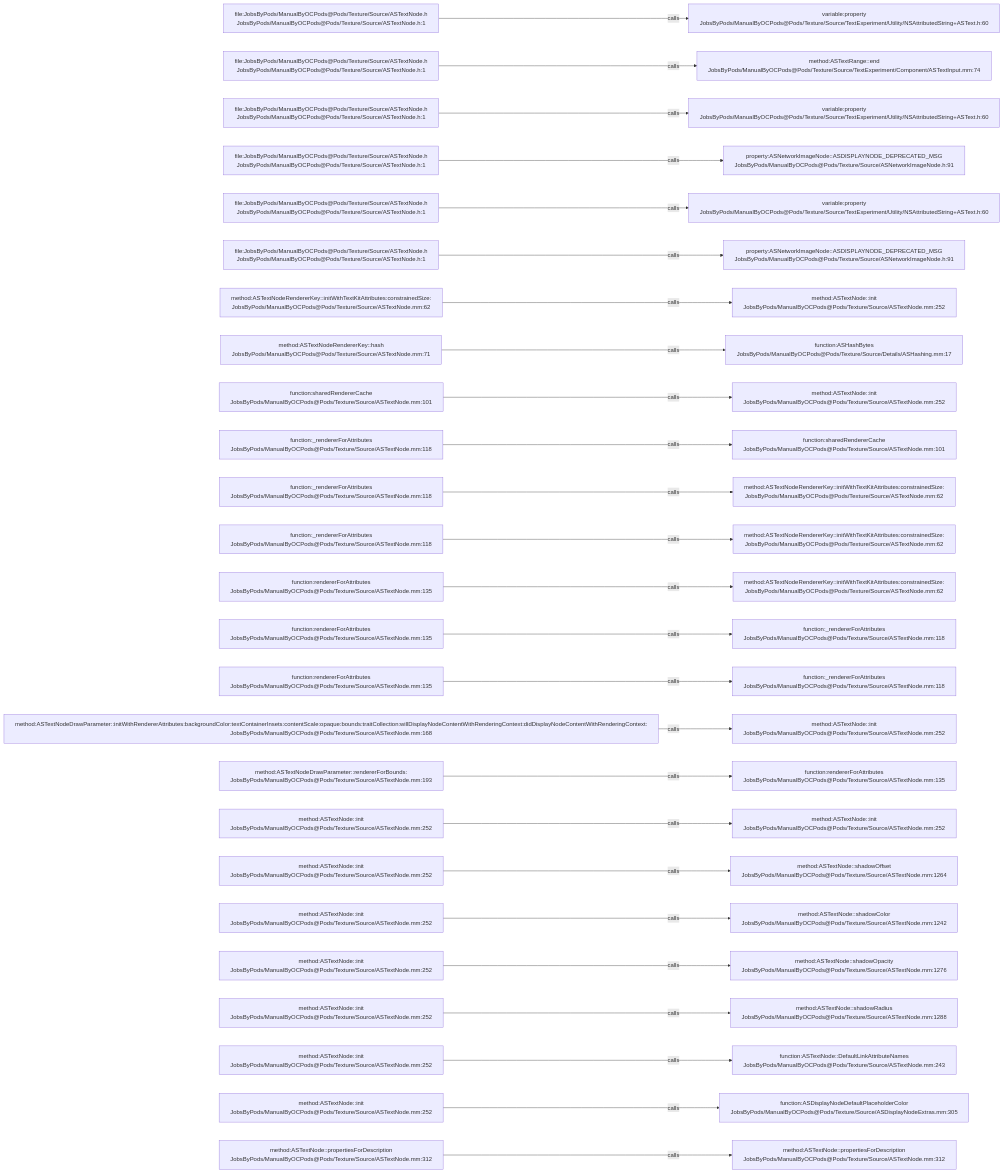
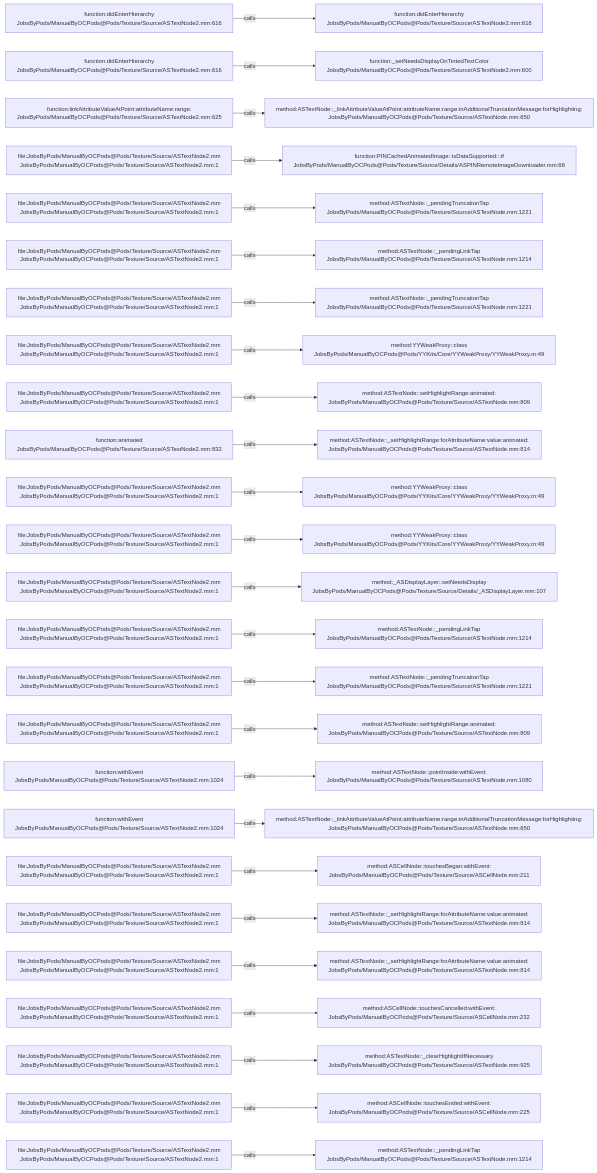
Before and after one commit to JobsKits/JobsOCBaseConfigDemo: the diagram in .codegraph/codegraph.md/graphs/calls-125.md, drawn with Mermaid. The commit also changed 2723 other files, not shown here.

````diff
--- a/.codegraph/codegraph.md/graphs/calls-125.md
+++ b/.codegraph/codegraph.md/graphs/calls-125.md
@@ -13,78 +13,78 @@
 ```mermaid
 flowchart LR
-  S1["file:JobsByPods/ManualByOCPods@Pods/Texture/Source/ASTextNode.h<br/>JobsByPods/ManualByOCPods@Pods/Texture/Source/ASTextNode.h:1"]
-  T1["variable:property<br/>JobsByPods/ManualByOCPods@Pods/Texture/Source/TextExperiment/Utility/NSAttributedString+ASText.h:60"]
+  S1["function:didEnterHierarchy<br/>JobsByPods/ManualByOCPods@Pods/Texture/Source/ASTextNode2.mm:616"]
+  T1["function:didEnterHierarchy<br/>JobsByPods/ManualByOCPods@Pods/Texture/Source/ASTextNode2.mm:616"]
   S1 -->|calls| T1
-  S2["file:JobsByPods/ManualByOCPods@Pods/Texture/Source/ASTextNode.h<br/>JobsByPods/ManualByOCPods@Pods/Texture/Source/ASTextNode.h:1"]
-  T2["method:ASTextRange::end<br/>JobsByPods/ManualByOCPods@Pods/Texture/Source/TextExperiment/Component/ASTextInput.mm:74"]
+  S2["function:didEnterHierarchy<br/>JobsByPods/ManualByOCPods@Pods/Texture/Source/ASTextNode2.mm:616"]
+  T2["function:_setNeedsDisplayOnTintedTextColor<br/>JobsByPods/ManualByOCPods@Pods/Texture/Source/ASTextNode2.mm:600"]
   S2 -->|calls| T2
-  S3["file:JobsByPods/ManualByOCPods@Pods/Texture/Source/ASTextNode.h<br/>JobsByPods/ManualByOCPods@Pods/Texture/Source/ASTextNode.h:1"]
-  T3["variable:property<br/>JobsByPods/ManualByOCPods@Pods/Texture/Source/TextExperiment/Utility/NSAttributedString+ASText.h:60"]
+  S3["function:linkAttributeValueAtPoint:attributeName:range:<br/>JobsByPods/ManualByOCPods@Pods/Texture/Source/ASTextNode2.mm:625"]
+  T3["method:ASTextNode::_linkAttributeValueAtPoint:attributeName:range:inAdditionalTruncationMessage:forHighlighting:<br/>JobsByPods/ManualByOCPods@Pods/Texture/Source/ASTextNode.mm:650"]
   S3 -->|calls| T3
-  S4["file:JobsByPods/ManualByOCPods@Pods/Texture/Source/ASTextNode.h<br/>JobsByPods/ManualByOCPods@Pods/Texture/Source/ASTextNode.h:1"]
-  T4["property:ASNetworkImageNode::ASDISPLAYNODE_DEPRECATED_MSG<br/>JobsByPods/ManualByOCPods@Pods/Texture/Source/ASNetworkImageNode.h:91"]
+  S4["file:JobsByPods/ManualByOCPods@Pods/Texture/Source/ASTextNode2.mm<br/>JobsByPods/ManualByOCPods@Pods/Texture/Source/ASTextNode2.mm:1"]
+  T4["function:PINCachedAnimatedImage::isDataSupported:::if<br/>JobsByPods/ManualByOCPods@Pods/Texture/Source/Details/ASPINRemoteImageDownloader.mm:66"]
   S4 -->|calls| T4
-  S5["file:JobsByPods/ManualByOCPods@Pods/Texture/Source/ASTextNode.h<br/>JobsByPods/ManualByOCPods@Pods/Texture/Source/ASTextNode.h:1"]
-  T5["variable:property<br/>JobsByPods/ManualByOCPods@Pods/Texture/Source/TextExperiment/Utility/NSAttributedString+ASText.h:60"]
+  S5["file:JobsByPods/ManualByOCPods@Pods/Texture/Source/ASTextNode2.mm<br/>JobsByPods/ManualByOCPods@Pods/Texture/Source/ASTextNode2.mm:1"]
+  T5["method:ASTextNode::_pendingTruncationTap<br/>JobsByPods/ManualByOCPods@Pods/Texture/Source/ASTextNode.mm:1221"]
   S5 -->|calls| T5
-  S6["file:JobsByPods/ManualByOCPods@Pods/Texture/Source/ASTextNode.h<br/>JobsByPods/ManualByOCPods@Pods/Texture/Source/ASTextNode.h:1"]
-  T6["property:ASNetworkImageNode::ASDISPLAYNODE_DEPRECATED_MSG<br/>JobsByPods/ManualByOCPods@Pods/Texture/Source/ASNetworkImageNode.h:91"]
+  S6["file:JobsByPods/ManualByOCPods@Pods/Texture/Source/ASTextNode2.mm<br/>JobsByPods/ManualByOCPods@Pods/Texture/Source/ASTextNode2.mm:1"]
+  T6["method:ASTextNode::_pendingLinkTap<br/>JobsByPods/ManualByOCPods@Pods/Texture/Source/ASTextNode.mm:1214"]
   S6 -->|calls| T6
-  S7["method:ASTextNodeRendererKey::initWithTextKitAttributes:constrainedSize:<br/>JobsByPods/ManualByOCPods@Pods/Texture/Source/ASTextNode.mm:62"]
-  T7["method:ASTextNode::init<br/>JobsByPods/ManualByOCPods@Pods/Texture/Source/ASTextNode.mm:252"]
+  S7["file:JobsByPods/ManualByOCPods@Pods/Texture/Source/ASTextNode2.mm<br/>JobsByPods/ManualByOCPods@Pods/Texture/Source/ASTextNode2.mm:1"]
+  T7["method:ASTextNode::_pendingTruncationTap<br/>JobsByPods/ManualByOCPods@Pods/Texture/Source/ASTextNode.mm:1221"]
   S7 -->|calls| T7
-  S8["method:ASTextNodeRendererKey::hash<br/>JobsByPods/ManualByOCPods@Pods/Texture/Source/ASTextNode.mm:71"]
-  T8["function:ASHashBytes<br/>JobsByPods/ManualByOCPods@Pods/Texture/Source/Details/ASHashing.mm:17"]
+  S8["file:JobsByPods/ManualByOCPods@Pods/Texture/Source/ASTextNode2.mm<br/>JobsByPods/ManualByOCPods@Pods/Texture/Source/ASTextNode2.mm:1"]
+  T8["method:YYWeakProxy::class<br/>JobsByPods/ManualByOCPods@Pods/YYKits/Core/YYWeakProxy/YYWeakProxy.m:49"]
   S8 -->|calls| T8
-  S9["function:sharedRendererCache<br/>JobsByPods/ManualByOCPods@Pods/Texture/Source/ASTextNode.mm:101"]
-  T9["method:ASTextNode::init<br/>JobsByPods/ManualByOCPods@Pods/Texture/Source/ASTextNode.mm:252"]
+  S9["file:JobsByPods/ManualByOCPods@Pods/Texture/Source/ASTextNode2.mm<br/>JobsByPods/ManualByOCPods@Pods/Texture/Source/ASTextNode2.mm:1"]
+  T9["method:ASTextNode::setHighlightRange:animated:<br/>JobsByPods/ManualByOCPods@Pods/Texture/Source/ASTextNode.mm:809"]
   S9 -->|calls| T9
-  S10["function:_rendererForAttributes<br/>JobsByPods/ManualByOCPods@Pods/Texture/Source/ASTextNode.mm:118"]
-  T10["function:sharedRendererCache<br/>JobsByPods/ManualByOCPods@Pods/Texture/Source/ASTextNode.mm:101"]
+  S10["function:animated<br/>JobsByPods/ManualByOCPods@Pods/Texture/Source/ASTextNode2.mm:833"]
+  T10["method:ASTextNode::_setHighlightRange:forAttributeName:value:animated:<br/>JobsByPods/ManualByOCPods@Pods/Texture/Source/ASTextNode.mm:814"]
   S10 -->|calls| T10
-  S11["function:_rendererForAttributes<br/>JobsByPods/ManualByOCPods@Pods/Texture/Source/ASTextNode.mm:118"]
-  T11["method:ASTextNodeRendererKey::initWithTextKitAttributes:constrainedSize:<br/>JobsByPods/ManualByOCPods@Pods/Texture/Source/ASTextNode.mm:62"]
+  S11["file:JobsByPods/ManualByOCPods@Pods/Texture/Source/ASTextNode2.mm<br/>JobsByPods/ManualByOCPods@Pods/Texture/Source/ASTextNode2.mm:1"]
+  T11["method:YYWeakProxy::class<br/>JobsByPods/ManualByOCPods@Pods/YYKits/Core/YYWeakProxy/YYWeakProxy.m:49"]
   S11 -->|calls| T11
-  S12["function:_rendererForAttributes<br/>JobsByPods/ManualByOCPods@Pods/Texture/Source/ASTextNode.mm:118"]
-  T12["method:ASTextNodeRendererKey::initWithTextKitAttributes:constrainedSize:<br/>JobsByPods/ManualByOCPods@Pods/Texture/Source/ASTextNode.mm:62"]
+  S12["file:JobsByPods/ManualByOCPods@Pods/Texture/Source/ASTextNode2.mm<br/>JobsByPods/ManualByOCPods@Pods/Texture/Source/ASTextNode2.mm:1"]
+  T12["method:YYWeakProxy::class<br/>JobsByPods/ManualByOCPods@Pods/YYKits/Core/YYWeakProxy/YYWeakProxy.m:49"]
   S12 -->|calls| T12
-  S13["function:rendererForAttributes<br/>JobsByPods/ManualByOCPods@Pods/Texture/Source/ASTextNode.mm:135"]
-  T13["method:ASTextNodeRendererKey::initWithTextKitAttributes:constrainedSize:<br/>JobsByPods/ManualByOCPods@Pods/Texture/Source/ASTextNode.mm:62"]
+  S13["file:JobsByPods/ManualByOCPods@Pods/Texture/Source/ASTextNode2.mm<br/>JobsByPods/ManualByOCPods@Pods/Texture/Source/ASTextNode2.mm:1"]
+  T13["method:_ASDisplayLayer::setNeedsDisplay<br/>JobsByPods/ManualByOCPods@Pods/Texture/Source/Details/_ASDisplayLayer.mm:107"]
   S13 -->|calls| T13
-  S14["function:rendererForAttributes<br/>JobsByPods/ManualByOCPods@Pods/Texture/Source/ASTextNode.mm:135"]
-  T14["function:_rendererForAttributes<br/>JobsByPods/ManualByOCPods@Pods/Texture/Source/ASTextNode.mm:118"]
+  S14["file:JobsByPods/ManualByOCPods@Pods/Texture/Source/ASTextNode2.mm<br/>JobsByPods/ManualByOCPods@Pods/Texture/Source/ASTextNode2.mm:1"]
+  T14["method:ASTextNode::_pendingLinkTap<br/>JobsByPods/ManualByOCPods@Pods/Texture/Source/ASTextNode.mm:1214"]
   S14 -->|calls| T14
-  S15["function:rendererForAttributes<br/>JobsByPods/ManualByOCPods@Pods/Texture/Source/ASTextNode.mm:135"]
-  T15["function:_rendererForAttributes<br/>JobsByPods/ManualByOCPods@Pods/Texture/Source/ASTextNode.mm:118"]
+  S15["file:JobsByPods/ManualByOCPods@Pods/Texture/Source/ASTextNode2.mm<br/>JobsByPods/ManualByOCPods@Pods/Texture/Source/ASTextNode2.mm:1"]
+  T15["method:ASTextNode::_pendingTruncationTap<br/>JobsByPods/ManualByOCPods@Pods/Texture/Source/ASTextNode.mm:1221"]
   S15 -->|calls| T15
-  S16["method:ASTextNodeDrawParameter::initWithRendererAttributes:backgroundColor:textContainerInsets:contentScale:opaque:bounds:traitCollection:willDisplayNodeContentWithRenderingContext:didDisplayNodeContentWithRenderingContext:<br/>JobsByPods/ManualByOCPods@Pods/Texture/Source/ASTextNode.mm:168"]
-  T16["method:ASTextNode::init<br/>JobsByPods/ManualByOCPods@Pods/Texture/Source/ASTextNode.mm:252"]
+  S16["file:JobsByPods/ManualByOCPods@Pods/Texture/Source/ASTextNode2.mm<br/>JobsByPods/ManualByOCPods@Pods/Texture/Source/ASTextNode2.mm:1"]
+  T16["method:ASTextNode::setHighlightRange:animated:<br/>JobsByPods/ManualByOCPods@Pods/Texture/Source/ASTextNode.mm:809"]
   S16 -->|calls| T16
-  S17["method:ASTextNodeDrawParameter::rendererForBounds:<br/>JobsByPods/ManualByOCPods@Pods/Texture/Source/ASTextNode.mm:193"]
-  T17["function:rendererForAttributes<br/>JobsByPods/ManualByOCPods@Pods/Texture/Source/ASTextNode.mm:135"]
+  S17["function:withEvent<br/>JobsByPods/ManualByOCPods@Pods/Texture/Source/ASTextNode2.mm:1024"]
+  T17["method:ASTextNode::pointInside:withEvent:<br/>JobsByPods/ManualByOCPods@Pods/Texture/Source/ASTextNode.mm:1080"]
   S17 -->|calls| T17
-  S18["method:ASTextNode::init<br/>JobsByPods/ManualByOCPods@Pods/Texture/Source/ASTextNode.mm:252"]
-  T18["method:ASTextNode::init<br/>JobsByPods/ManualByOCPods@Pods/Texture/Source/ASTextNode.mm:252"]
+  S18["function:withEvent<br/>JobsByPods/ManualByOCPods@Pods/Texture/Source/ASTextNode2.mm:1024"]
+  T18["method:ASTextNode::_linkAttributeValueAtPoint:attributeName:range:inAdditionalTruncationMessage:forHighlighting:<br/>JobsByPods/ManualByOCPods@Pods/Texture/Source/ASTextNode.mm:650"]
   S18 -->|calls| T18
-  S19["method:ASTextNode::init<br/>JobsByPods/ManualByOCPods@Pods/Texture/Source/ASTextNode.mm:252"]
-  T19["method:ASTextNode::shadowOffset<br/>JobsByPods/ManualByOCPods@Pods/Texture/Source/ASTextNode.mm:1264"]
+  S19["file:JobsByPods/ManualByOCPods@Pods/Texture/Source/ASTextNode2.mm<br/>JobsByPods/ManualByOCPods@Pods/Texture/Source/ASTextNode2.mm:1"]
+  T19["method:ASCellNode::touchesBegan:withEvent:<br/>JobsByPods/ManualByOCPods@Pods/Texture/Source/ASCellNode.mm:211"]
   S19 -->|calls| T19
-  S20["method:ASTextNode::init<br/>JobsByPods/ManualByOCPods@Pods/Texture/Source/ASTextNode.mm:252"]
-  T20["method:ASTextNode::shadowColor<br/>JobsByPods/ManualByOCPods@Pods/Texture/Source/ASTextNode.mm:1242"]
+  S20["file:JobsByPods/ManualByOCPods@Pods/Texture/Source/ASTextNode2.mm<br/>JobsByPods/ManualByOCPods@Pods/Texture/Source/ASTextNode2.mm:1"]
+  T20["method:ASTextNode::_setHighlightRange:forAttributeName:value:animated:<br/>JobsByPods/ManualByOCPods@Pods/Texture/Source/ASTextNode.mm:814"]
   S20 -->|calls| T20
-  S21["method:ASTextNode::init<br/>JobsByPods/ManualByOCPods@Pods/Texture/Source/ASTextNode.mm:252"]
-  T21["method:ASTextNode::shadowOpacity<br/>JobsByPods/ManualByOCPods@Pods/Texture/Source/ASTextNode.mm:1276"]
+  S21["file:JobsByPods/ManualByOCPods@Pods/Texture/Source/ASTextNode2.mm<br/>JobsByPods/ManualByOCPods@Pods/Texture/Source/ASTextNode2.mm:1"]
+  T21["method:ASTextNode::_setHighlightRange:forAttributeName:value:animated:<br/>JobsByPods/ManualByOCPods@Pods/Texture/Source/ASTextNode.mm:814"]
   S21 -->|calls| T21
-  S22["method:ASTextNode::init<br/>JobsByPods/ManualByOCPods@Pods/Texture/Source/ASTextNode.mm:252"]
-  T22["method:ASTextNode::shadowRadius<br/>JobsByPods/ManualByOCPods@Pods/Texture/Source/ASTextNode.mm:1288"]
+  S22["file:JobsByPods/ManualByOCPods@Pods/Texture/Source/ASTextNode2.mm<br/>JobsByPods/ManualByOCPods@Pods/Texture/Source/ASTextNode2.mm:1"]
+  T22["method:ASCellNode::touchesCancelled:withEvent:<br/>JobsByPods/ManualByOCPods@Pods/Texture/Source/ASCellNode.mm:232"]
   S22 -->|calls| T22
-  S23["method:ASTextNode::init<br/>JobsByPods/ManualByOCPods@Pods/Texture/Source/ASTextNode.mm:252"]
-  T23["function:ASTextNode::DefaultLinkAttributeNames<br/>JobsByPods/ManualByOCPods@Pods/Texture/Source/ASTextNode.mm:243"]
+  S23["file:JobsByPods/ManualByOCPods@Pods/Texture/Source/ASTextNode2.mm<br/>JobsByPods/ManualByOCPods@Pods/Texture/Source/ASTextNode2.mm:1"]
+  T23["method:ASTextNode::_clearHighlightIfNecessary<br/>JobsByPods/ManualByOCPods@Pods/Texture/Source/ASTextNode.mm:925"]
   S23 -->|calls| T23
-  S24["method:ASTextNode::init<br/>JobsByPods/ManualByOCPods@Pods/Texture/Source/ASTextNode.mm:252"]
-  T24["function:ASDisplayNodeDefaultPlaceholderColor<br/>JobsByPods/ManualByOCPods@Pods/Texture/Source/ASDisplayNodeExtras.mm:305"]
+  S24["file:JobsByPods/ManualByOCPods@Pods/Texture/Source/ASTextNode2.mm<br/>JobsByPods/ManualByOCPods@Pods/Texture/Source/ASTextNode2.mm:1"]
+  T24["method:ASCellNode::touchesEnded:withEvent:<br/>JobsByPods/ManualByOCPods@Pods/Texture/Source/ASCellNode.mm:225"]
   S24 -->|calls| T24
-  S25["method:ASTextNode::propertiesForDescription<br/>JobsByPods/ManualByOCPods@Pods/Texture/Source/ASTextNode.mm:312"]
-  T25["method:ASTextNode::propertiesForDescription<br/>JobsByPods/ManualByOCPods@Pods/Texture/Source/ASTextNode.mm:312"]
+  S25["file:JobsByPods/ManualByOCPods@Pods/Texture/Source/ASTextNode2.mm<br/>JobsByPods/ManualByOCPods@Pods/Texture/Source/ASTextNode2.mm:1"]
+  T25["method:ASTextNode::_pendingLinkTap<br/>JobsByPods/ManualByOCPods@Pods/Texture/Source/ASTextNode.mm:1214"]
   S25 -->|calls| T25
 ```
````
